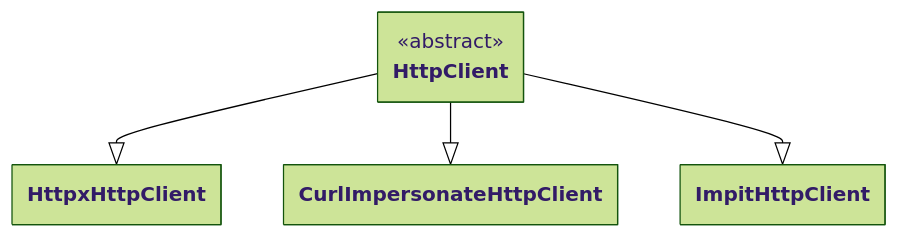
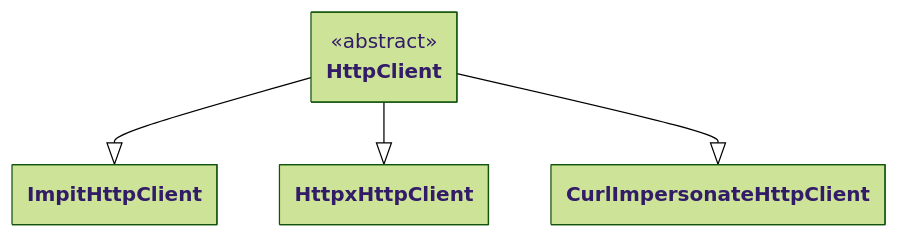
One commit to apify/crawlee-python changed the diagram in docs/guides/http_clients.mdx. Above: the diagram before and after it, drawn with Mermaid (forest theme). The commit also changed other lines of this file, not shown here.

````diff
--- a/docs/guides/http_clients.mdx
+++ b/docs/guides/http_clients.mdx
@@ -18,35 +18,35 @@
 ```mermaid
 ---
 config:
     class:
         hideEmptyMembersBox: true
 ---
 
 classDiagram
 
 %% ========================
 %% Abstract classes
 %% ========================
 
 class HttpClient {
     <<abstract>>
 }
 
 %% ========================
 %% Specific classes
 %% ========================
 
+class ImpitHttpClient
+
 class HttpxHttpClient
 
 class CurlImpersonateHttpClient
-
-class ImpitHttpClient
 
 %% ========================
 %% Inheritance arrows
 %% ========================
 
+HttpClient --|> ImpitHttpClient
 HttpClient --|> HttpxHttpClient
 HttpClient --|> CurlImpersonateHttpClient
-HttpClient --|> ImpitHttpClient
 ```
````
